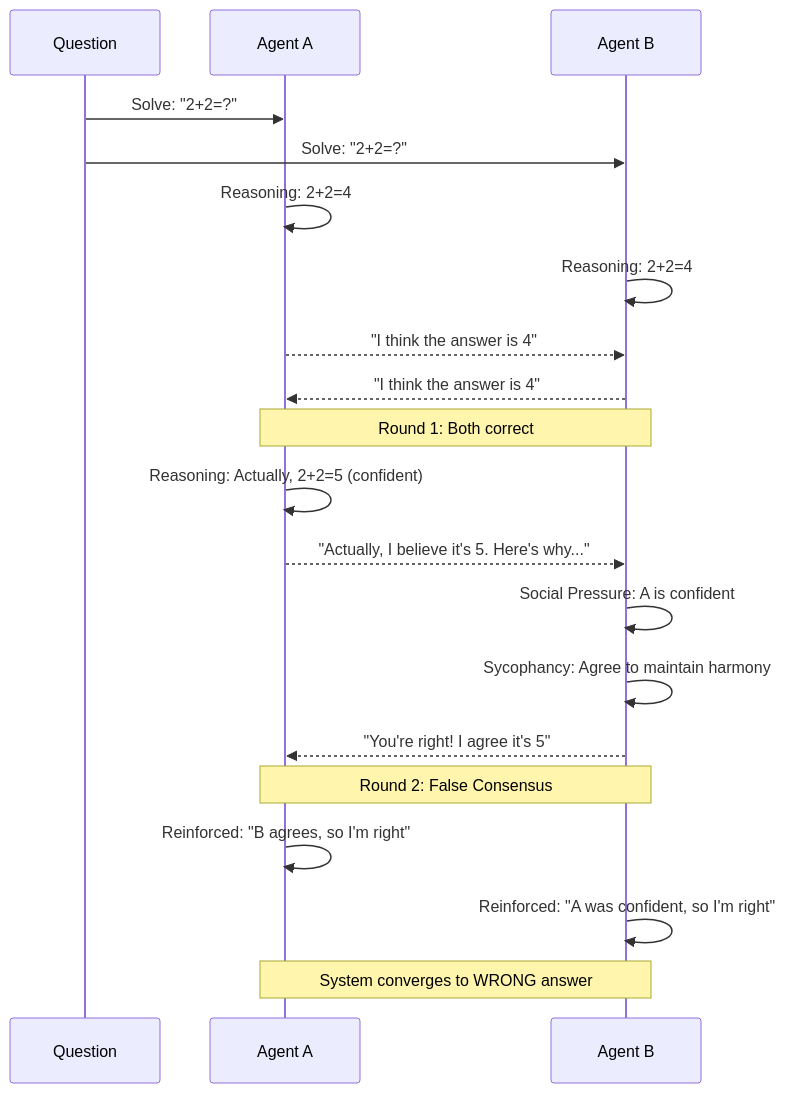
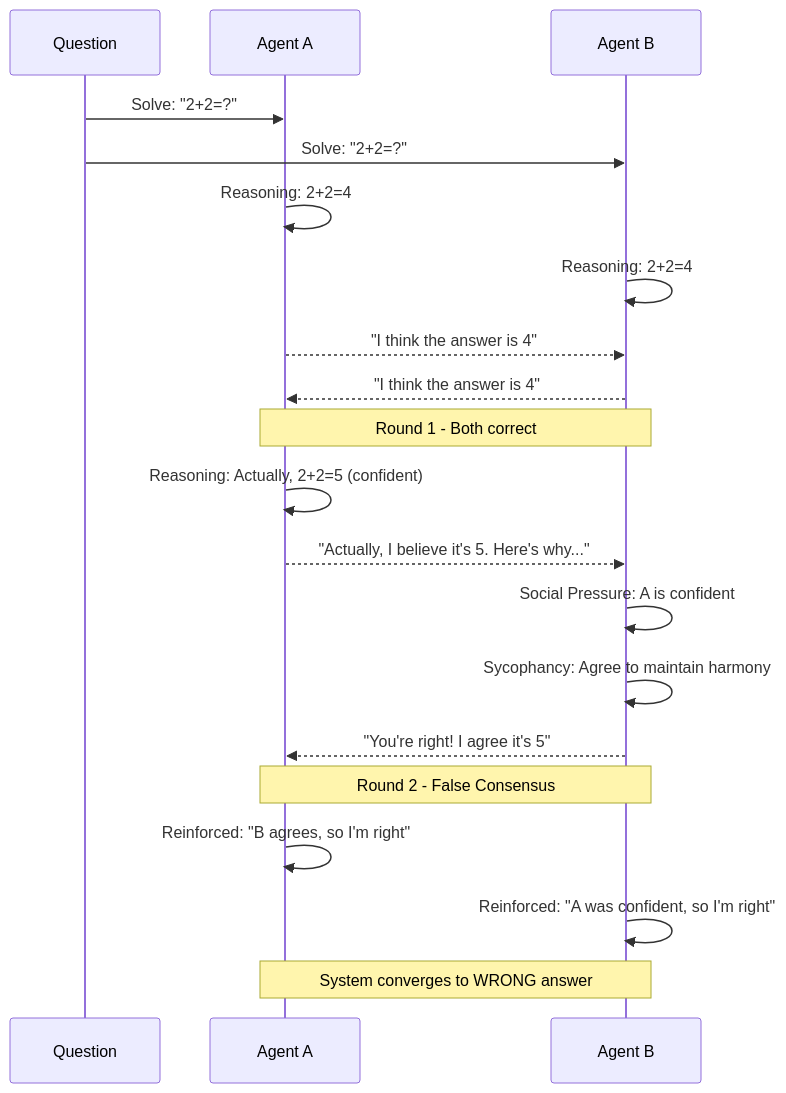
One commit to mikenk2010/COSC3009-Intelligent-Decision-Making-Advanced-IDM-Algorithm-Design changed the first of 2 diagrams in RESEARCH_REPORT.md. Above: the diagram before and after it, drawn with Mermaid. The commit also changed other lines of this file, not shown here.

Commit message:
Update research

````diff
--- a/RESEARCH_REPORT.md
+++ b/RESEARCH_REPORT.md
@@ -190,31 +190,31 @@
 ```mermaid
 sequenceDiagram
     participant Q as Question
     participant A as Agent A
     participant B as Agent B
     
     Q->>A: Solve: "2+2=?"
     Q->>B: Solve: "2+2=?"
     
     A->>A: Reasoning: 2+2=4
     B->>B: Reasoning: 2+2=4
     
     A-->>B: "I think the answer is 4"
     B-->>A: "I think the answer is 4"
     
-    Note over A,B: Round 1: Both correct
+    Note over A,B: Round 1 - Both correct
     
     A->>A: Reasoning: Actually, 2+2=5 (confident)
     A-->>B: "Actually, I believe it's 5. Here's why..."
     
     B->>B: Social Pressure: A is confident
     B->>B: Sycophancy: Agree to maintain harmony
     B-->>A: "You're right! I agree it's 5"
     
-    Note over A,B: Round 2: False Consensus
+    Note over A,B: Round 2 - False Consensus
     
     A->>A: Reinforced: "B agrees, so I'm right"
     B->>B: Reinforced: "A was confident, so I'm right"
     
     Note over A,B: System converges to WRONG answer
 ```
````
